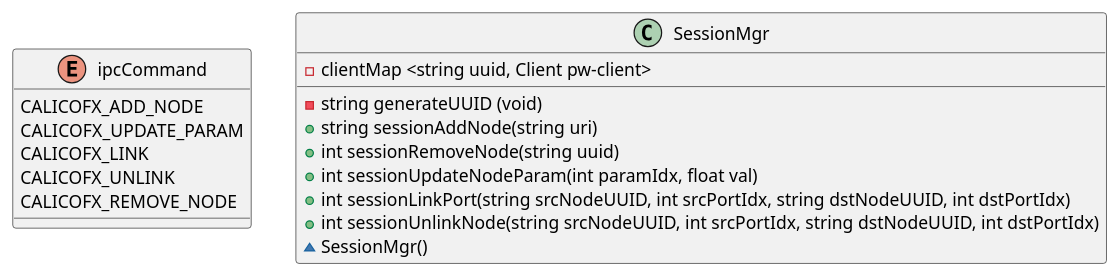
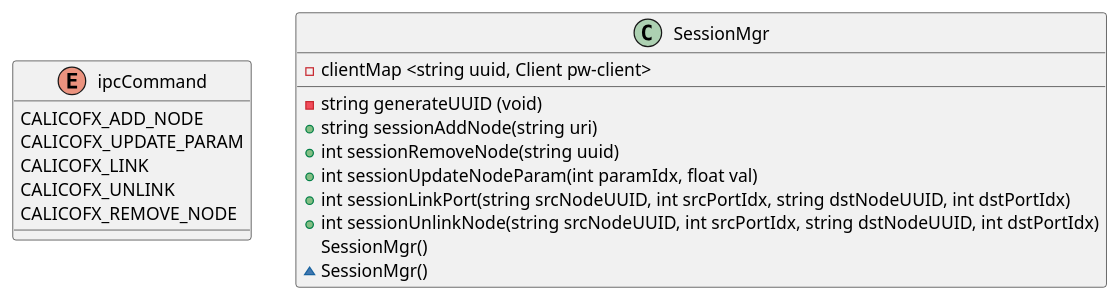
One commit to abhimanyu-g/calicofx-core changed the fourth of 15 diagrams in doc/design.org. Above: the diagram before and after it, drawn with PlantUML. The commit also changed other lines of this file, not shown here.

First line of the commit message:
[doc] Adding Session manager constructor

```diff
--- a/doc/design.org
+++ b/doc/design.org
@@ -82,21 +82,22 @@
 #+begin_src plantuml :file /tmp/calicofx-session-mgr-class-dig.png
   @startuml
   enum ipcCommand{
         CALICOFX_ADD_NODE
         CALICOFX_UPDATE_PARAM
         CALICOFX_LINK
         CALICOFX_UNLINK
         CALICOFX_REMOVE_NODE
   }
   class SessionMgr{
         -clientMap <string uuid, Client pw-client>
         -string generateUUID (void)
         +string sessionAddNode(string uri)
         +int sessionRemoveNode(string uuid)
         +int sessionUpdateNodeParam(int paramIdx, float val)
         +int sessionLinkPort(string srcNodeUUID, int srcPortIdx, string dstNodeUUID, int dstPortIdx)
         +int sessionUnlinkNode(string srcNodeUUID, int srcPortIdx, string dstNodeUUID, int dstPortIdx)
+        SessionMgr()
         ~SessionMgr()
   }
   @enduml
 #+end_src
```
